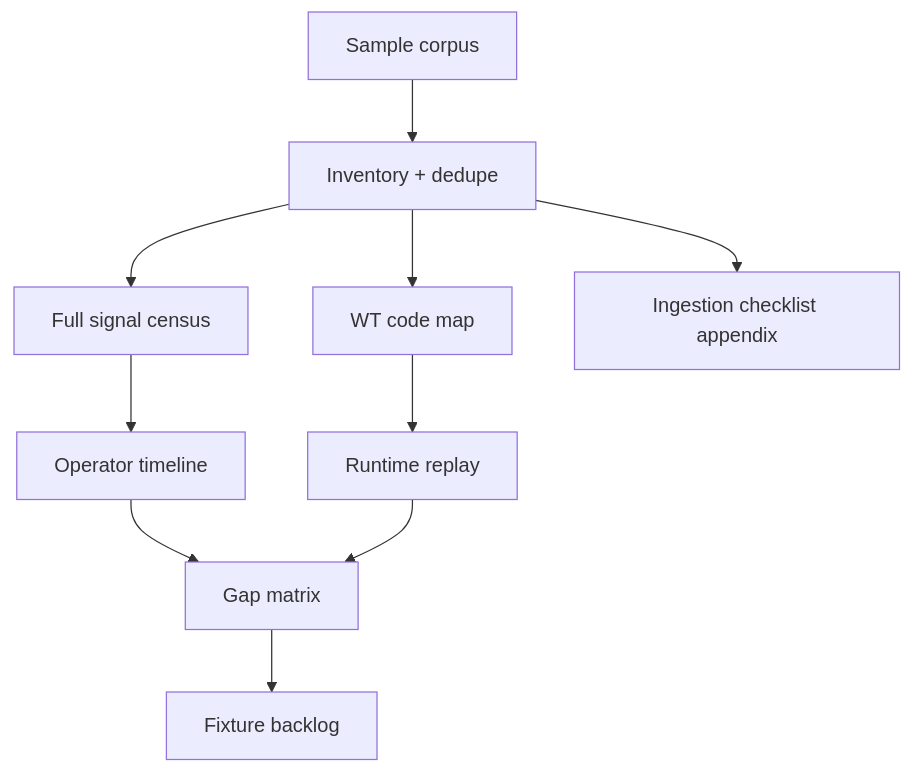
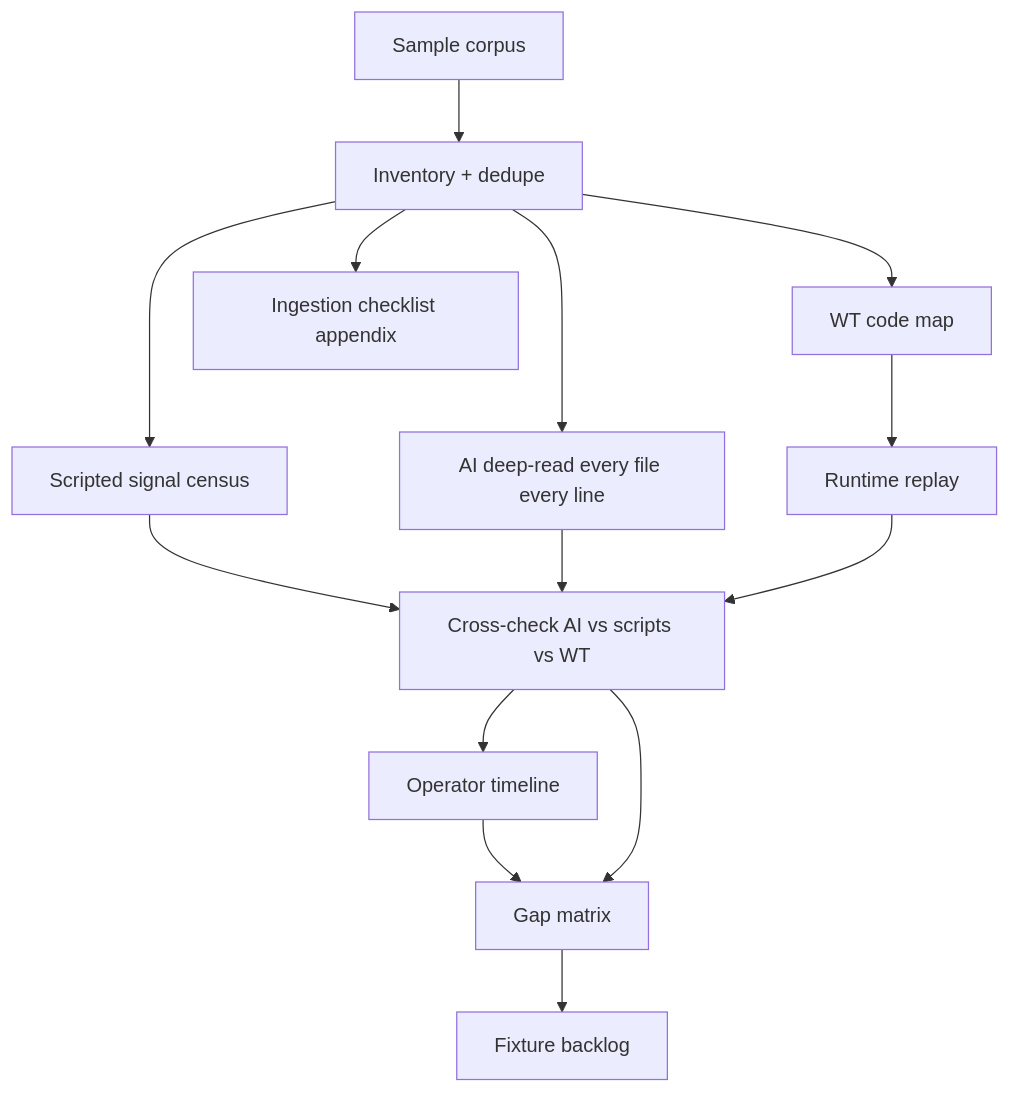
One commit to djinnbanter/WatchTower changed the diagram in docs/superpowers/specs/2026-08-02-log-sample-gap-research-design.md. Above: the diagram before and after it, drawn with Mermaid. The commit also changed other lines of this file and 2 other files, not shown here.

First line of the commit message:
docs: require AI forensic deep-read and triangulation in sample-gap playbook

````diff
--- a/docs/superpowers/specs/2026-08-02-log-sample-gap-research-design.md
+++ b/docs/superpowers/specs/2026-08-02-log-sample-gap-research-design.md
@@ -84,19 +91,25 @@
 ```mermaid
 flowchart TD
   corpus[Sample corpus]
   invent[Inventory + dedupe]
-  census[Full signal census]
+  census[Scripted signal census]
+  forensic[AI deep-read every file every line]
+  xcheck[Cross-check AI vs scripts vs WT]
   truth[Operator timeline]
   code[WT code map]
   replay[Runtime replay]
   gaps[Gap matrix]
   backlog[Fixture backlog]
   ingest[Ingestion checklist appendix]
 
-  corpus --> invent --> census --> truth
+  corpus --> invent --> census
+  invent --> forensic
+  census --> xcheck
+  forensic --> xcheck
   invent --> code
-  truth --> gaps
-  code --> replay --> gaps
+  code --> replay --> xcheck
+  xcheck --> truth --> gaps
+  xcheck --> gaps
   gaps --> backlog
   invent --> ingest
 ```
````
